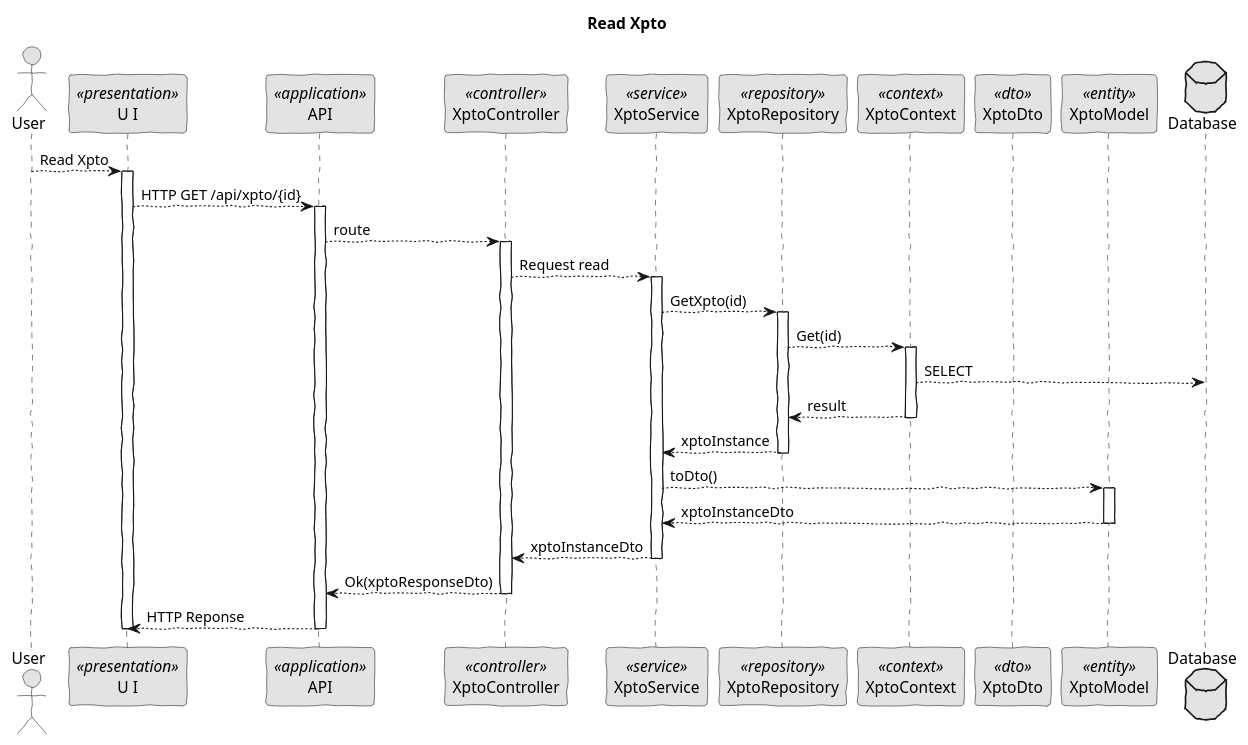
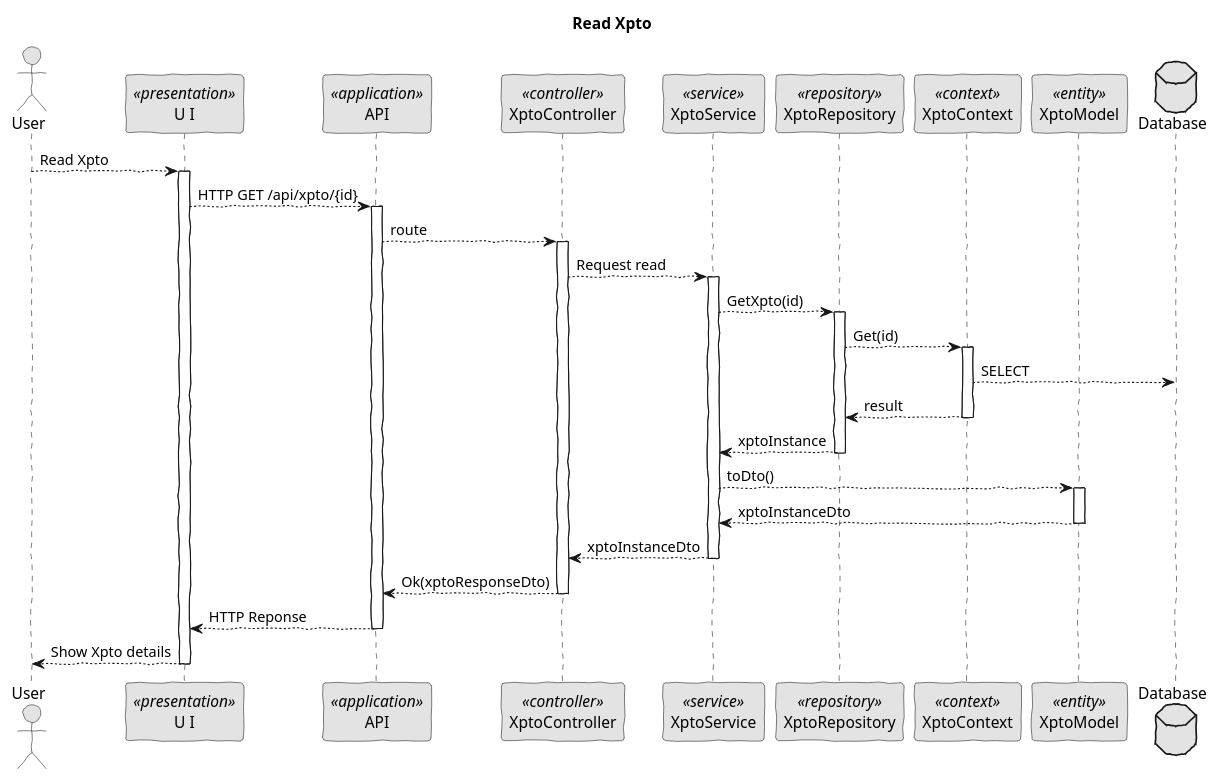
Before and after one commit to BernasDzn/portit: the diagram in docs/sprint_1/global_artifacts/generic_diagrams/sequence_diagram_read.puml, drawn with PlantUML. The commit also changed 9 other files, not shown here.

```diff
--- a/docs/sprint_1/global_artifacts/generic_diagrams/sequence_diagram_read.puml
+++ b/docs/sprint_1/global_artifacts/generic_diagrams/sequence_diagram_read.puml
@@ -1,63 +1,63 @@
 @startuml
 skinparam handwritten true
 skinparam monochrome true
 skinparam packageStyle rect
 skinparam defaultFontName FG Virgil
 skinparam shadowing false
 
 actor User as Actor
 participant "U I" as UI <<presentation>>
 participant API as API <<application>>
 participant XptoController as Controller <<controller>>
 participant XptoService as Service <<service>>
 participant XptoRepository as Repository <<repository>>
 participant XptoContext as Context <<context>>
-participant XptoDto as Dto <<dto>>
 participant XptoModel as Model <<entity>>
 database Database
 
 title Read Xpto
 
 Actor --> UI: Read Xpto
 activate UI
 
     UI --> API: HTTP GET /api/xpto/{id}
 
     activate API
 
         API --> Controller: route
         activate Controller
 
             Controller --> Service: Request read
             activate Service
 
                 Service --> Repository: GetXpto(id)
                 activate Repository
                 
                     Repository --> Context: Get(id)
 
                     activate Context
                         Context --> Database: SELECT
                         Context --> Repository: result
                     deactivate Context
 
                     Repository --> Service: xptoInstance
                 deactivate Repository
 
                 Service --> Model: toDto()
                 activate Model
                     Model --> Service: xptoInstanceDto
                 deactivate Model
 
                 Service --> Controller: xptoInstanceDto
             deactivate Service
 
             Controller --> API: Ok(xptoResponseDto)
         deactivate Controller
 
         API --> UI: HTTP Reponse
     deactivate API
 
+UI --> Actor: Show Xpto details
 deactivate UI
             
 @enduml
```
